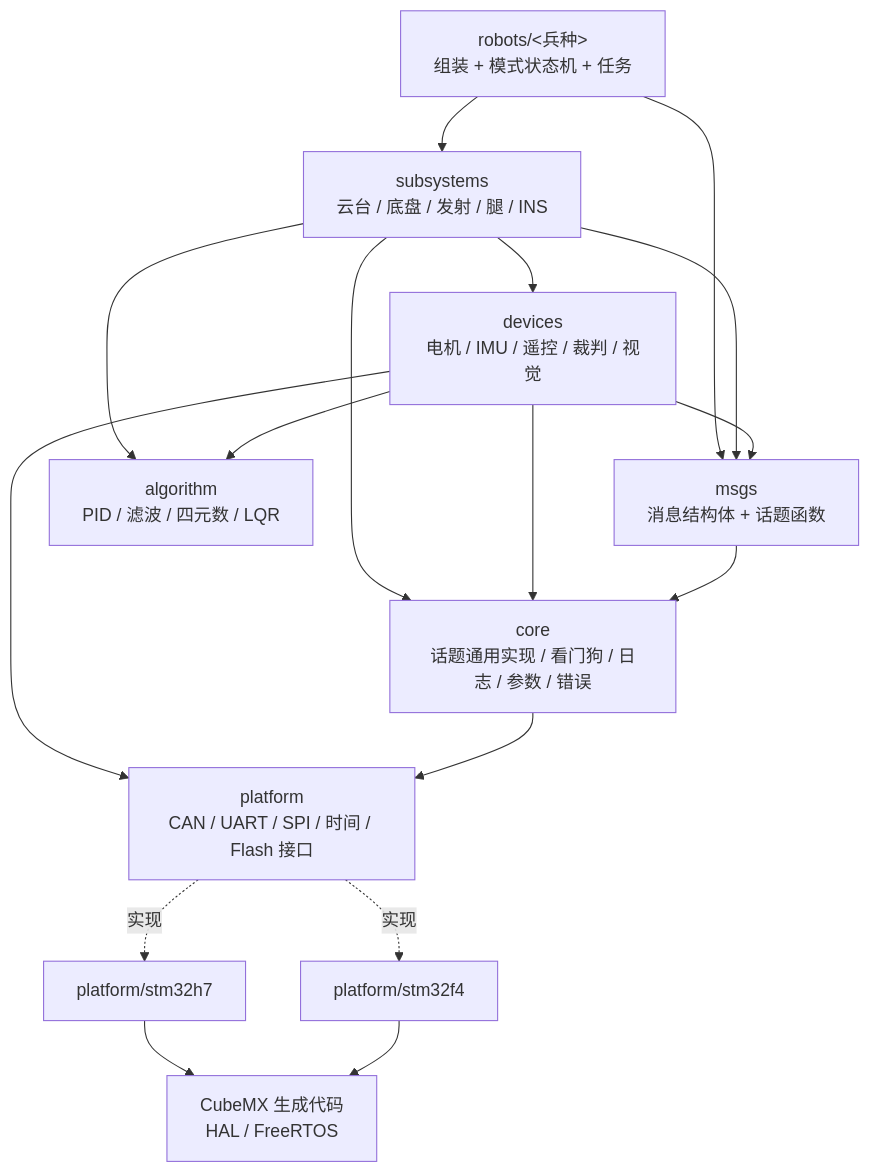
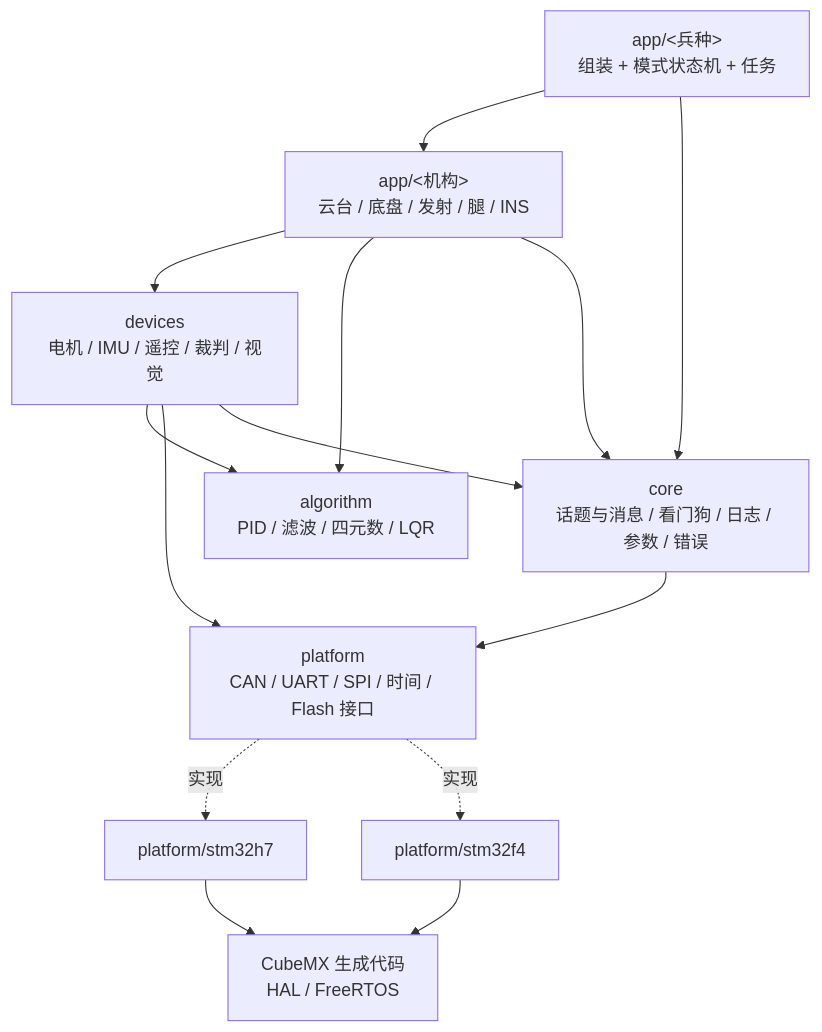
The first of 3 diagrams in docs/ARCHITECTURE.md (X0create/COD_RoboCore), drawn with Mermaid before and after one commit. The commit also changed other lines of this file and 108 other files, not shown here.

First line of the commit message:
refactor: 顶层合并为 boards/platform/core/algorithm/devices/app，兵种目录读 robot.c 一个文件即可（ADR 0045）

````diff
--- a/docs/ARCHITECTURE.md
+++ b/docs/ARCHITECTURE.md
@@ -111,29 +111,25 @@
 ```mermaid
 flowchart TD
-    APP["robots/<兵种><br/>组装 + 模式状态机 + 任务"]
-    SUB["subsystems<br/>云台 / 底盘 / 发射 / 腿 / INS"]
+    APP["app/<兵种><br/>组装 + 模式状态机 + 任务"]
+    SUB["app/<机构><br/>云台 / 底盘 / 发射 / 腿 / INS"]
     DEV["devices<br/>电机 / IMU / 遥控 / 裁判 / 视觉"]
-    MSG["msgs<br/>消息结构体 + 话题函数"]
     ALG["algorithm<br/>PID / 滤波 / 四元数 / LQR"]
-    CORE["core<br/>话题通用实现 / 看门狗 / 日志 / 参数 / 错误"]
+    CORE["core<br/>话题与消息 / 看门狗 / 日志 / 参数 / 错误"]
     PLAT["platform<br/>CAN / UART / SPI / 时间 / Flash 接口"]
     H7["platform/stm32h7"]
     F4["platform/stm32f4"]
     GEN["CubeMX 生成代码<br/>HAL / FreeRTOS"]
     APP --> SUB
-    APP --> MSG
+    APP --> CORE
     SUB --> DEV
     SUB --> ALG
-    SUB --> MSG
     DEV --> ALG
-    DEV --> MSG
     DEV --> PLAT
     SUB --> CORE
     DEV --> CORE
-    MSG --> CORE
     CORE --> PLAT
     PLAT -.实现.-> H7
     PLAT -.实现.-> F4
     H7 --> GEN
     F4 --> GEN
 ```
````
